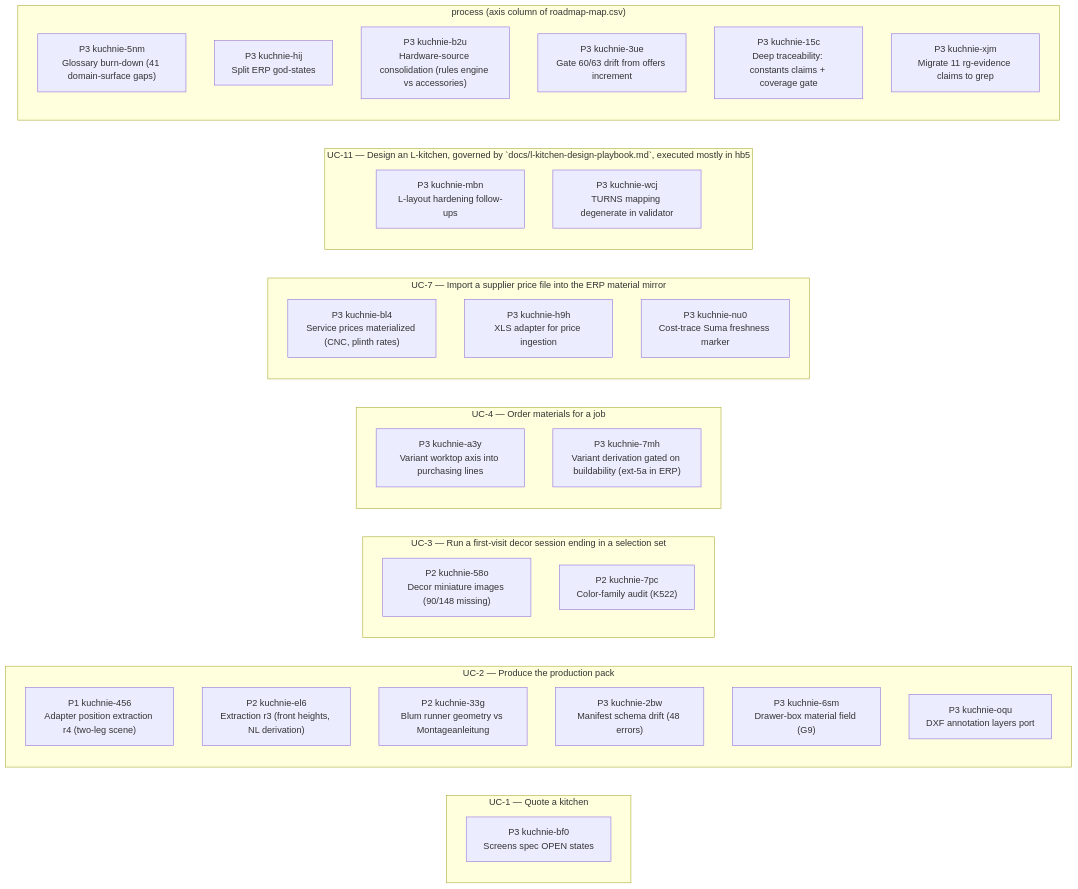
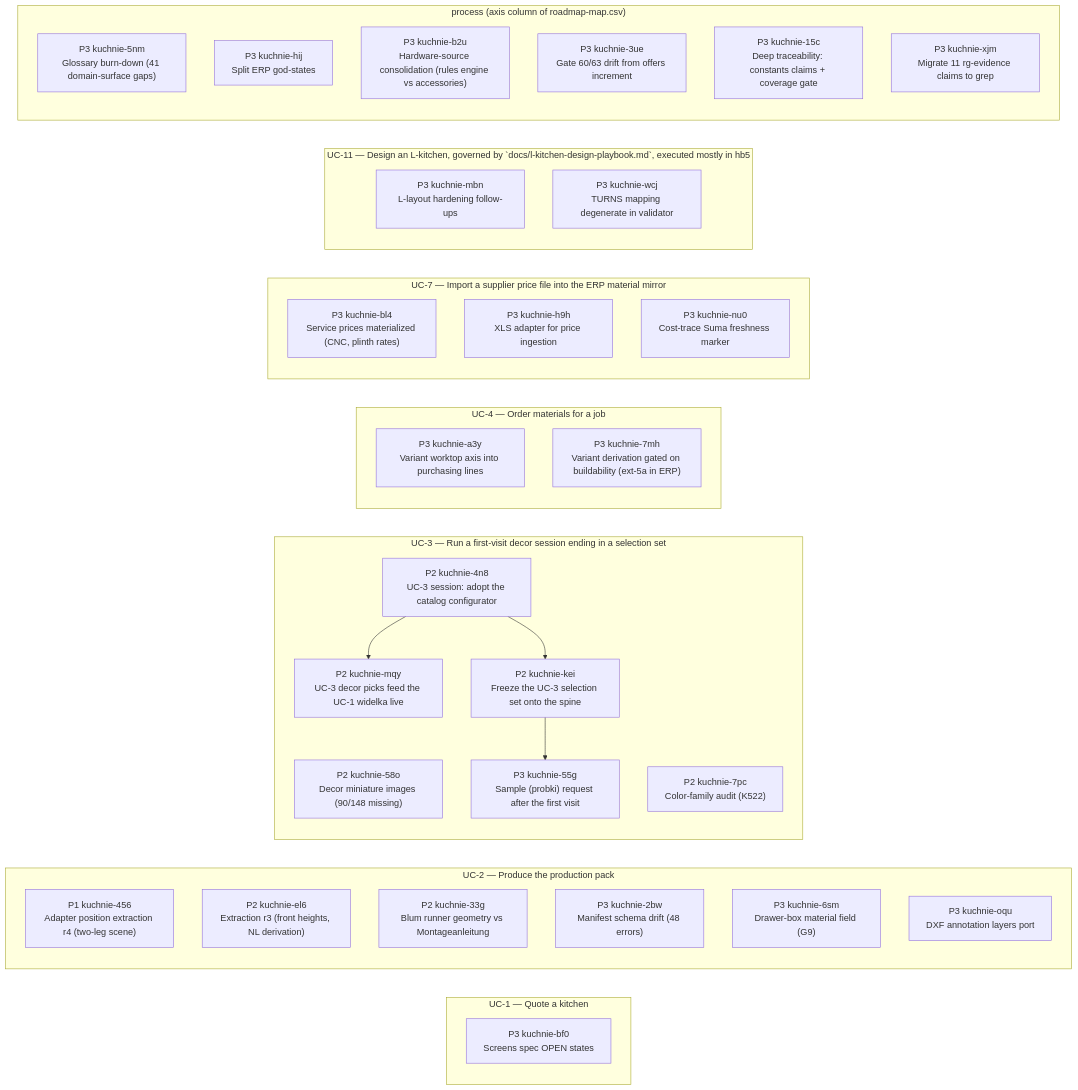
Before and after one commit to m1981/kuchnie: the second of 2 diagrams in STATUS.md, drawn with Mermaid. The commit also changed other lines of this file and 3 other files, not shown here.

````diff
--- a/STATUS.md
+++ b/STATUS.md
@@ -168,39 +179,46 @@
 ```mermaid
 flowchart LR
     subgraph gUC_1 ["UC-1 — Quote a kitchen"]
         u_kuchnie_bf0["P3 kuchnie-bf0<br/>Screens spec OPEN states"]
     end
     subgraph gUC_2 ["UC-2 — Produce the production pack"]
         u_kuchnie_456["P1 kuchnie-456<br/>Adapter position extraction r4 (two-leg scene)"]
         u_kuchnie_el6["P2 kuchnie-el6<br/>Extraction r3 (front heights, NL derivation)"]
         u_kuchnie_33g["P2 kuchnie-33g<br/>Blum runner geometry vs Montageanleitung"]
         u_kuchnie_2bw["P3 kuchnie-2bw<br/>Manifest schema drift (48 errors)"]
         u_kuchnie_6sm["P3 kuchnie-6sm<br/>Drawer-box material field (G9)"]
         u_kuchnie_oqu["P3 kuchnie-oqu<br/>DXF annotation layers port"]
     end
     subgraph gUC_3 ["UC-3 — Run a first-visit decor session ending in a selection set"]
         u_kuchnie_58o["P2 kuchnie-58o<br/>Decor miniature images (90/148 missing)"]
         u_kuchnie_7pc["P2 kuchnie-7pc<br/>Color-family audit (K522)"]
+        u_kuchnie_4n8["P2 kuchnie-4n8<br/>UC-3 session: adopt the catalog configurator"]
+        u_kuchnie_kei["P2 kuchnie-kei<br/>Freeze the UC-3 selection set onto the spine"]
+        u_kuchnie_mqy["P2 kuchnie-mqy<br/>UC-3 decor picks feed the UC-1 widelka live"]
+        u_kuchnie_55g["P3 kuchnie-55g<br/>Sample (probki) request after the first visit"]
     end
     subgraph gUC_4 ["UC-4 — Order materials for a job"]
         u_kuchnie_a3y["P3 kuchnie-a3y<br/>Variant worktop axis into purchasing lines"]
         u_kuchnie_7mh["P3 kuchnie-7mh<br/>Variant derivation gated on buildability (ext-5a in ERP)"]
     end
     subgraph gUC_7 ["UC-7 — Import a supplier price file into the ERP material mirror"]
         u_kuchnie_bl4["P3 kuchnie-bl4<br/>Service prices materialized (CNC, plinth rates)"]
         u_kuchnie_h9h["P3 kuchnie-h9h<br/>XLS adapter for price ingestion"]
         u_kuchnie_nu0["P3 kuchnie-nu0<br/>Cost-trace Suma freshness marker"]
     end
     subgraph gUC_11 ["UC-11 — Design an L-kitchen, governed by `docs/l-kitchen-design-playbook.md`, executed mostly in hb5"]
         u_kuchnie_mbn["P3 kuchnie-mbn<br/>L-layout hardening follow-ups"]
         u_kuchnie_wcj["P3 kuchnie-wcj<br/>TURNS mapping degenerate in validator"]
     end
     subgraph g_none ["process (axis column of roadmap-map.csv)"]
         u_kuchnie_5nm["P3 kuchnie-5nm<br/>Glossary burn-down (41 domain-surface gaps)"]
         u_kuchnie_hij["P3 kuchnie-hij<br/>Split ERP god-states"]
         u_kuchnie_b2u["P3 kuchnie-b2u<br/>Hardware-source consolidation (rules engine vs accessories)"]
         u_kuchnie_3ue["P3 kuchnie-3ue<br/>Gate 60/63 drift from offers increment"]
         u_kuchnie_15c["P3 kuchnie-15c<br/>Deep traceability: constants claims + coverage gate"]
         u_kuchnie_xjm["P3 kuchnie-xjm<br/>Migrate 11 rg-evidence claims to grep"]
     end
+    u_kuchnie_4n8 --> u_kuchnie_mqy
+    u_kuchnie_4n8 --> u_kuchnie_kei
+    u_kuchnie_kei --> u_kuchnie_55g
 ```
````
